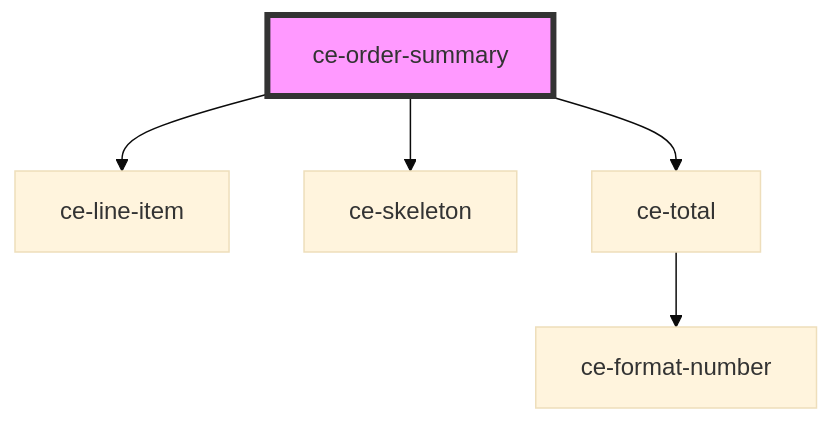
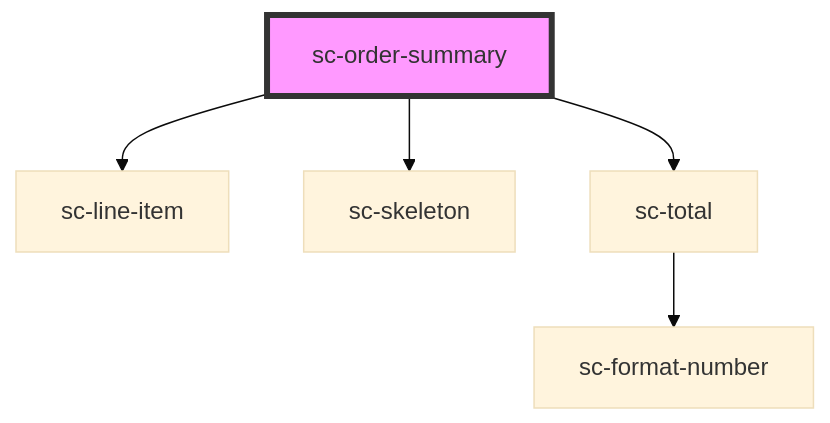
Before and after one commit to surecart/surecart-wp-plugin: the diagram in packages/components/src/components/controllers/checkout-form/order-summary/readme.md, drawn with Mermaid (base theme). The commit also changed other lines of this file and 1281 other files, not shown here.

````diff
--- a/packages/components/src/components/controllers/checkout-form/order-summary/readme.md
+++ b/packages/components/src/components/controllers/checkout-form/order-summary/readme.md
@@ -28,8 +28,8 @@
 ```mermaid
 graph TD;
-  ce-order-summary --> ce-line-item
-  ce-order-summary --> ce-skeleton
-  ce-order-summary --> ce-total
-  ce-total --> ce-format-number
-  style ce-order-summary fill:#f9f,stroke:#333,stroke-width:4px
+  sc-order-summary --> sc-line-item
+  sc-order-summary --> sc-skeleton
+  sc-order-summary --> sc-total
+  sc-total --> sc-format-number
+  style sc-order-summary fill:#f9f,stroke:#333,stroke-width:4px
 ```
````
